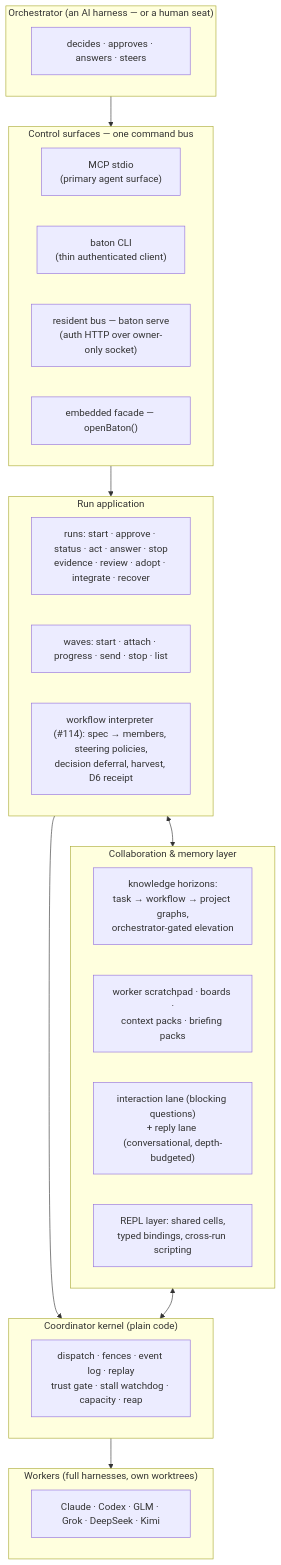
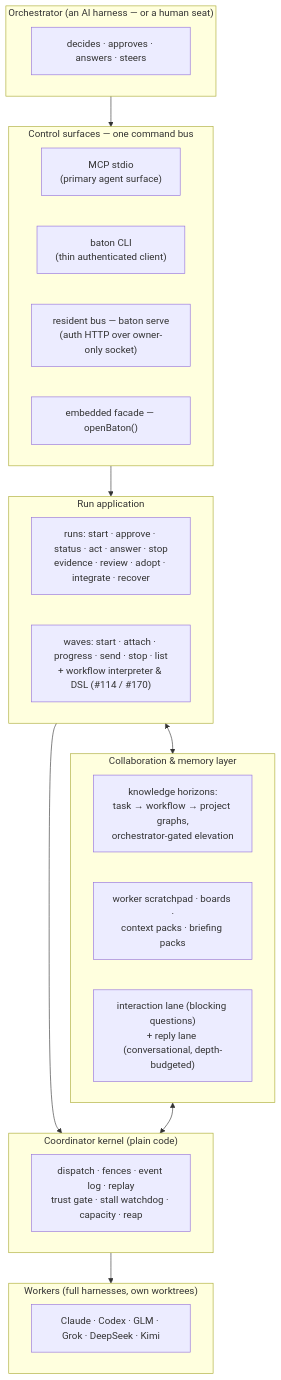
The diagram in README.md (Flip-Engineering/baton), drawn with Mermaid before and after one commit. The commit also changed other lines of this file and 3 other files, not shown here.

````diff
--- a/README.md
+++ b/README.md
@@ -36,32 +43,30 @@
 ```mermaid
 flowchart TB
     subgraph YOU["Orchestrator (an AI harness — or a human seat)"]
         O[decides · approves · answers · steers]
     end
     subgraph SURFACES["Control surfaces — one command bus"]
         MCP["MCP stdio<br/>(primary agent surface)"]
         CLI["baton CLI<br/>(thin authenticated client)"]
         WEB["resident bus — baton serve<br/>(auth HTTP over owner-only socket)"]
         FAC["embedded facade — openBaton()"]
     end
     subgraph APP["Run application"]
         RUN["runs: start · approve · status · act · answer · stop<br/>evidence · review · adopt · integrate · recover"]
-        WAVES["waves: start · attach · progress · send · stop · list"]
-        WF["workflow interpreter (#114): spec → members, steering policies,<br/>decision deferral, harvest, D6 receipt"]
+        WAVES["waves: start · attach · progress · send · stop · list<br/>+ workflow interpreter & DSL (#114 / #170)"]
     end
     subgraph COLLAB["Collaboration & memory layer"]
         KG["knowledge horizons:<br/>task → workflow → project graphs,<br/>orchestrator-gated elevation"]
         SCR["worker scratchpad · boards ·<br/>context packs · briefing packs"]
         MSG["interaction lane (blocking questions)<br/>+ reply lane (conversational, depth-budgeted)"]
-        REPL["REPL layer: shared cells,<br/>typed bindings, cross-run scripting"]
     end
     subgraph KERNEL["Coordinator kernel (plain code)"]
         COORD["dispatch · fences · event log · replay<br/>trust gate · stall watchdog · capacity · reap"]
     end
     subgraph FLEET["Workers (full harnesses, own worktrees)"]
         W["Claude · Codex · GLM · Grok · DeepSeek · Kimi"]
     end
     YOU --> SURFACES --> APP --> KERNEL --> FLEET
     APP <--> COLLAB
     COLLAB <--> KERNEL
 ```
````
